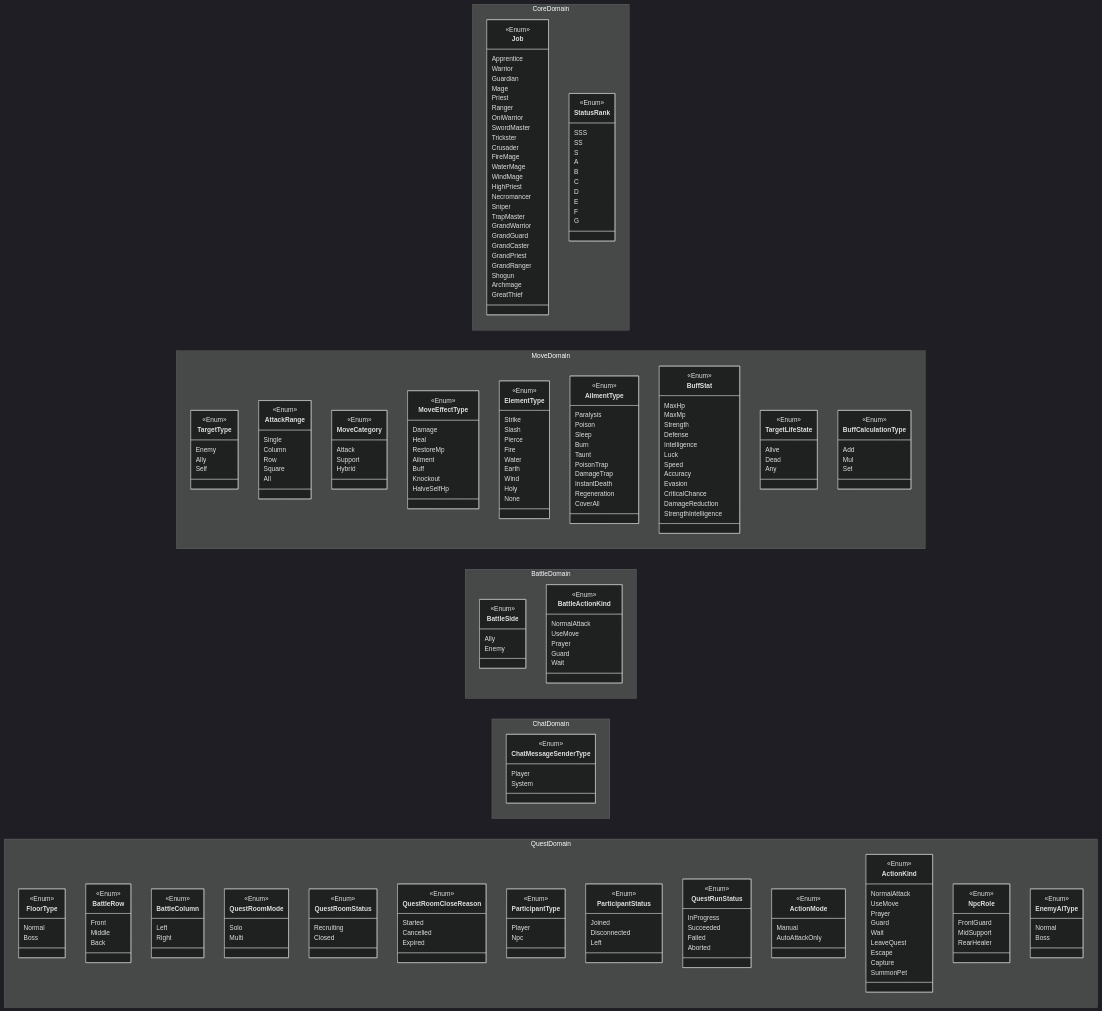
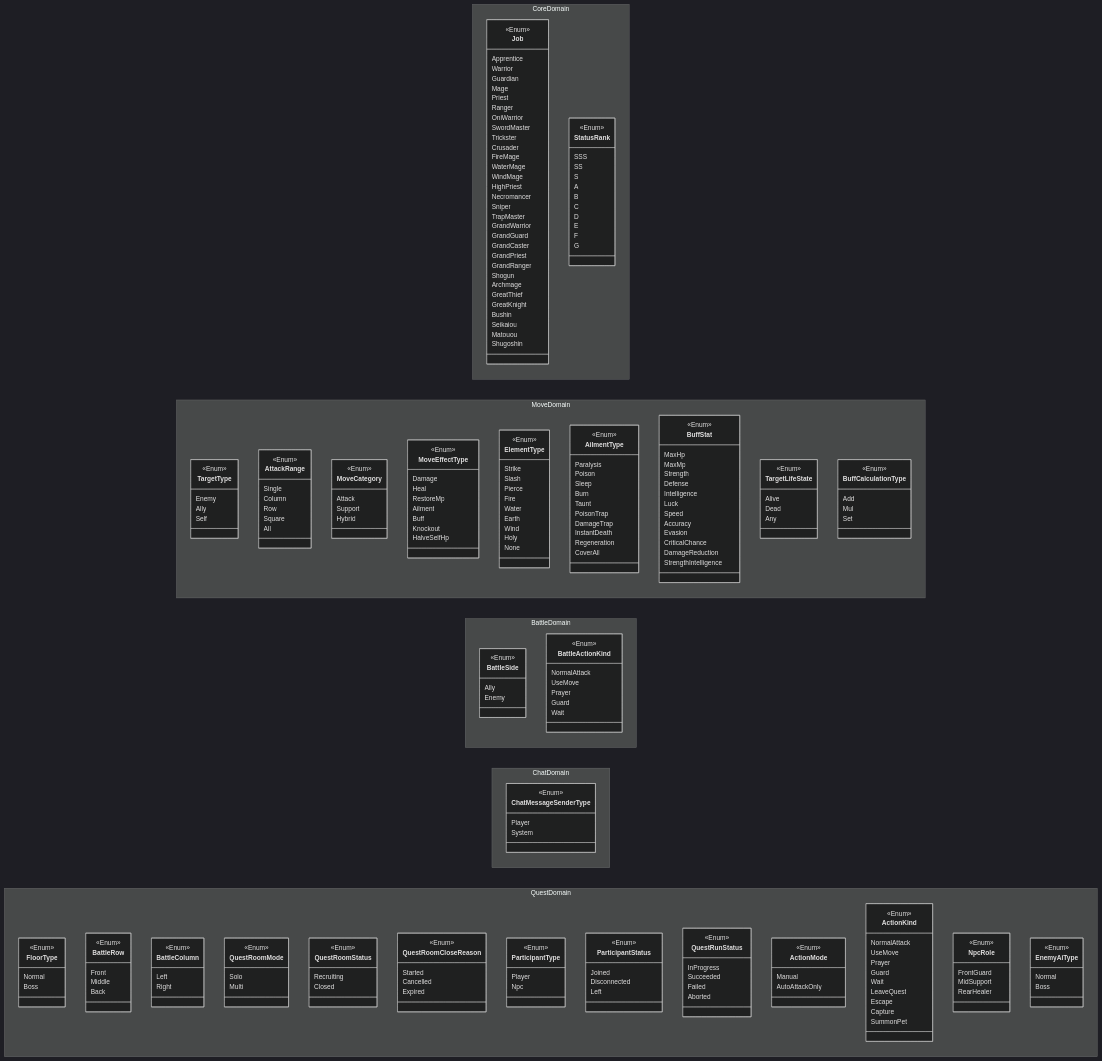
One commit to ayumu203/nisekue changed the diagram in docs/common/01_Enum.mmd. Above: the diagram before and after it, drawn with Mermaid (dark theme). The commit also changed 19 other files, not shown here.

```diff
--- a/docs/common/01_Enum.mmd
+++ b/docs/common/01_Enum.mmd
@@ -28,6 +28,11 @@
             Shogun
             Archmage
             GreatThief
+            GreatKnight
+            Bushin
+            Seikaiou
+            Matouou
+            Shugoshin
         }
 
         class StatusRank {
```
